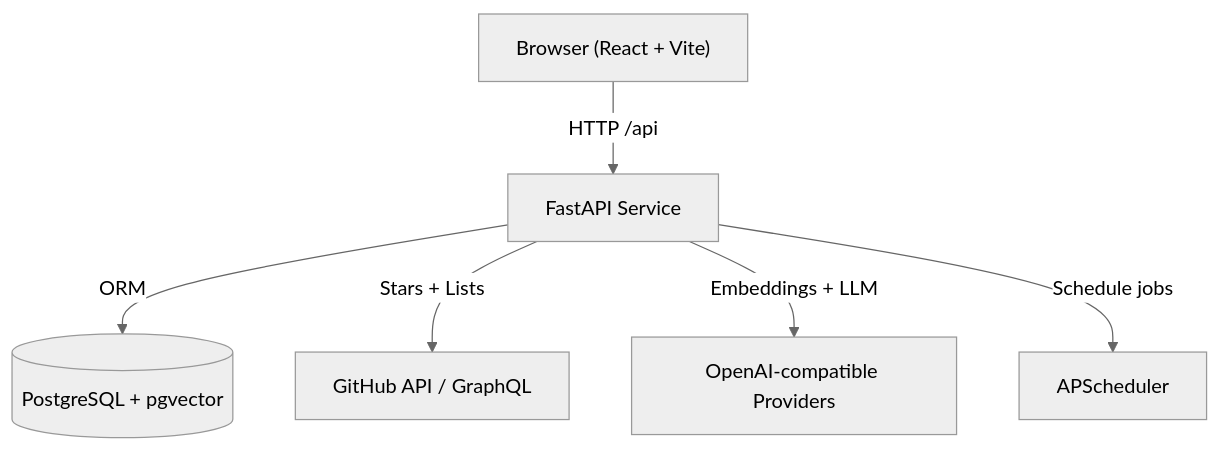
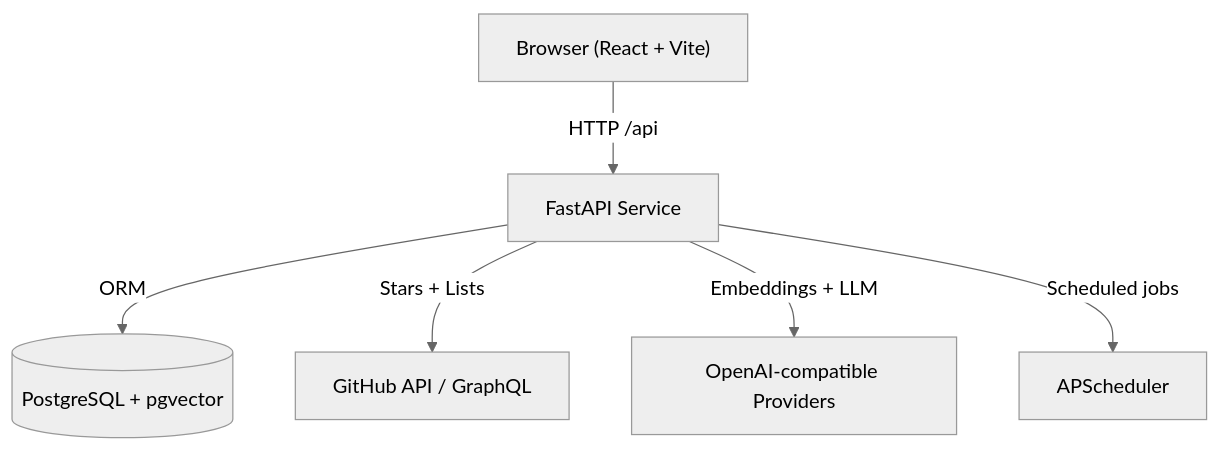
Before and after one commit to Tendo33/MyNebula: the first of 2 diagrams in README.md, drawn with Mermaid (neutral theme). The commit also changed other lines of this file and 2 other files, not shown here.

````diff
--- a/README.md
+++ b/README.md
@@ -64,8 +130,8 @@
 ```mermaid
 graph TD
     Browser["Browser (React + Vite)"] -->|HTTP /api| FastAPI["FastAPI Service"]
     FastAPI -->|ORM| Postgres[("PostgreSQL + pgvector")]
     FastAPI -->|Stars + Lists| GitHub["GitHub API / GraphQL"]
     FastAPI -->|Embeddings + LLM| AI["OpenAI-compatible Providers"]
-    FastAPI -->|Schedule jobs| APS["APScheduler"]
+    FastAPI -->|Scheduled jobs| APS["APScheduler"]
 ```
````
